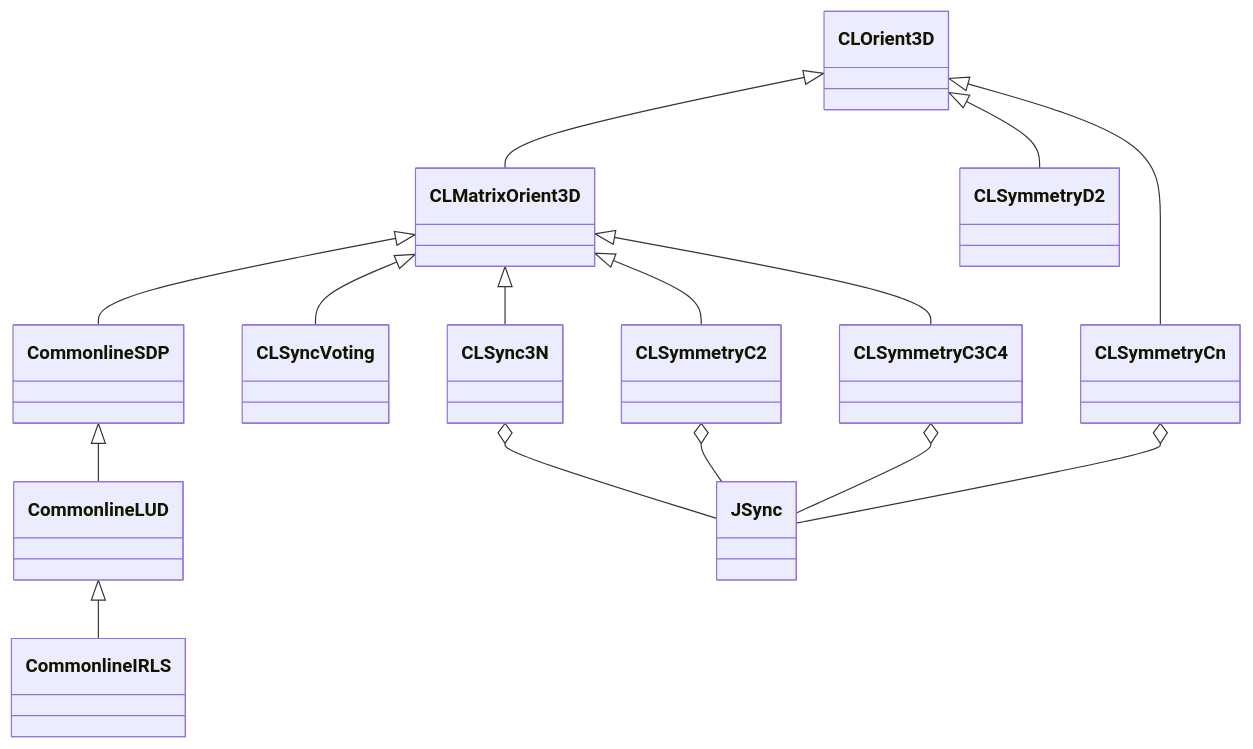
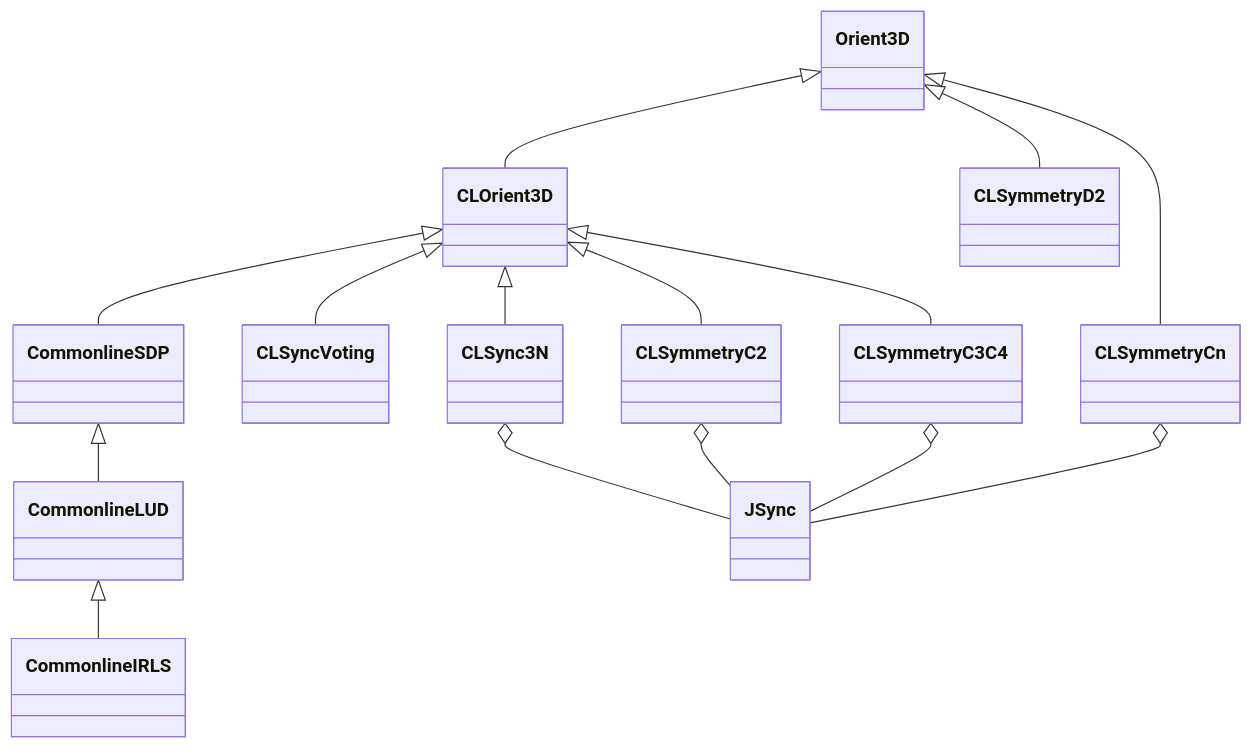
The third of 3 diagrams in docs/source/orientation_estimation.rst (ComputationalCryoEM/ASPIRE-Python), drawn with Mermaid before and after one commit. The commit also changed other lines of this file and 3 other files, not shown here.

```diff
--- a/docs/source/orientation_estimation.rst
+++ b/docs/source/orientation_estimation.rst
@@ -148,18 +148,18 @@
 .. mermaid::
 
    classDiagram
-       CLOrient3D <|-- CLMatrixOrient3D
-       CLMatrixOrient3D <|-- CLSync3N
-       CLMatrixOrient3D <|-- CLSyncVoting   
-       CLMatrixOrient3D <|-- CommonlineSDP
+       Orient3D <|-- CLOrient3D
+       CLOrient3D <|-- CLSync3N
+       CLOrient3D <|-- CLSyncVoting
+       CLOrient3D <|-- CommonlineSDP
        CommonlineSDP <|-- CommonlineLUD
        CommonlineLUD <|-- CommonlineIRLS
-       CLMatrixOrient3D <|-- CLSymmetryC2
-       CLMatrixOrient3D <|-- CLSymmetryC3C4
-       CLOrient3D <|-- CLSymmetryCn
-       CLOrient3D <|-- CLSymmetryD2
+       CLOrient3D <|-- CLSymmetryC2
+       CLOrient3D <|-- CLSymmetryC3C4
+       Orient3D <|-- CLSymmetryCn
+       Orient3D <|-- CLSymmetryD2
        class JSync
        CLSync3N o-- JSync
        CLSymmetryC2 o-- JSync
        CLSymmetryC3C4 o-- JSync
        CLSymmetryCn o-- JSync  
```
